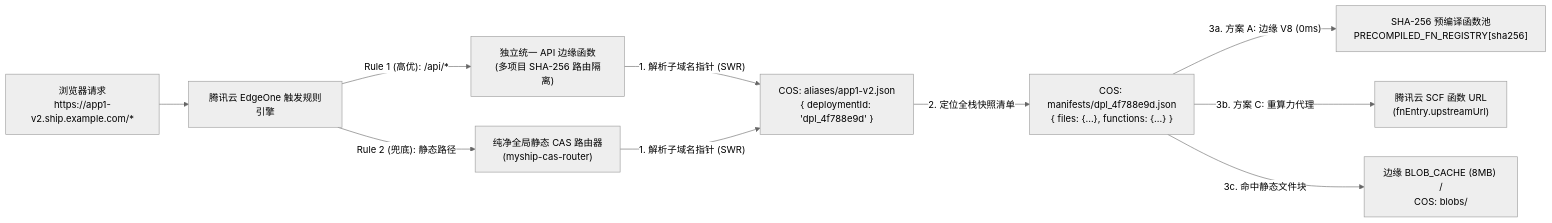
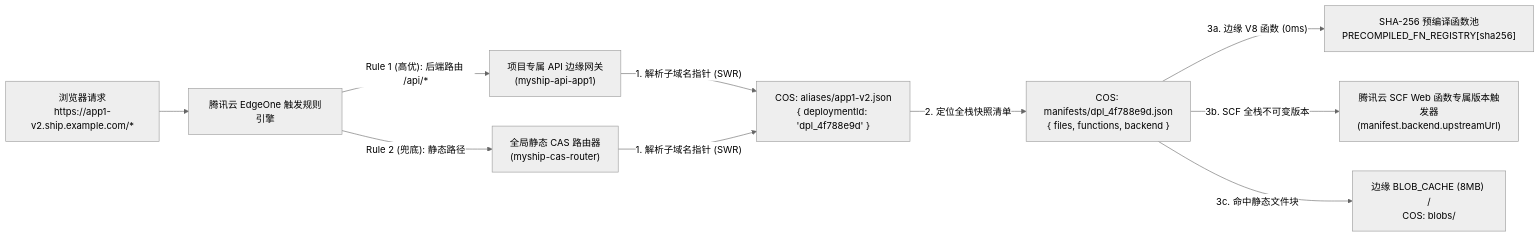
Before and after one commit to huxy2023/myship: the diagram in docs/03-architecture.md, drawn with Mermaid (neutral theme). The commit also changed other lines of this file and 30 other files, not shown here.

````diff
--- a/docs/03-architecture.md
+++ b/docs/03-architecture.md
@@ -17,11 +17,11 @@
 ```mermaid
 flowchart LR
     Req["浏览器请求<br/>https://app1-v2.ship.example.com/*"] --> EO["腾讯云 EdgeOne 触发规则引擎"]
-    EO -- "Rule 1 (高优): /api/*" --> ApiWorker["独立统一 API 边缘函数<br/>(多项目 SHA-256 路由隔离)"]
-    EO -- "Rule 2 (兜底): 静态路径" --> CasRouter["纯净全局静态 CAS 路由器<br/>(myship-cas-router)"]
+    EO -- "Rule 1 (高优): 后端路由 /api/*" --> ApiWorker["项目专属 API 边缘网关<br/>(myship-api-app1)"]
+    EO -- "Rule 2 (兜底): 静态路径" --> CasRouter["全局静态 CAS 路由器<br/>(myship-cas-router)"]
     ApiWorker & CasRouter -- "1. 解析子域名指针 (SWR)" --> Alias["COS: aliases/app1-v2.json<br/>{ deploymentId: 'dpl_4f788e9d' }"]
-    Alias -- "2. 定位全栈快照清单" --> Manifest["COS: manifests/dpl_4f788e9d.json<br/>{ files: {...}, functions: {...} }"]
-    Manifest -- "3a. 方案 A: 边缘 V8 (0ms)" --> V8Fn["SHA-256 预编译函数池<br/>PRECOMPILED_FN_REGISTRY[sha256]"]
-    Manifest -- "3b. 方案 C: 重算力代理" --> ScfUrl["腾讯云 SCF 函数 URL<br/>(fnEntry.upstreamUrl)"]
+    Alias -- "2. 定位全栈快照清单" --> Manifest["COS: manifests/dpl_4f788e9d.json<br/>{ files, functions, backend }"]
+    Manifest -- "3a. 边缘 V8 函数 (0ms)" --> V8Fn["SHA-256 预编译函数池<br/>PRECOMPILED_FN_REGISTRY[sha256]"]
+    Manifest -- "3b. SCF 全栈不可变版本" --> ScfUrl["腾讯云 SCF Web 函数专属版本触发器<br/>(manifest.backend.upstreamUrl)"]
     Manifest -- "3c. 命中静态文件块" --> Blob["边缘 BLOB_CACHE (8MB) /<br/>COS: blobs/<sha256>"]
 ```
````
